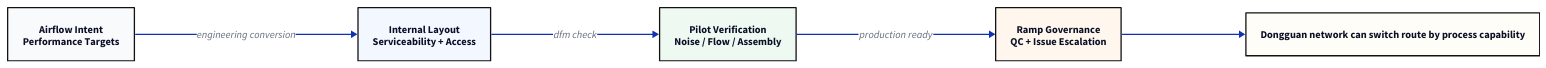
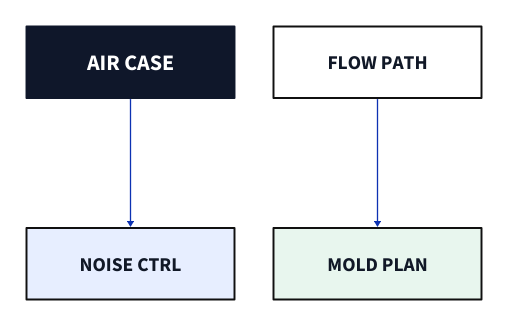
Before and after one commit to shenlian583-afk/tianan: the diagram in assets/covers/d2/cover-air.d2, drawn with D2. The commit also changed 23 other files, not shown here.

```diff
--- a/assets/covers/d2/cover-air.d2
+++ b/assets/covers/d2/cover-air.d2
@@ -1,42 +1,58 @@
-direction: right
+direction: down
 
-airflow: {
-  label: "Airflow Intent\nPerformance Targets"
-  style.fill: "#F9FAFC"
-  style.stroke: "#121212"
-  style.stroke-width: 2
+r1: {
+  label: ""
+  style.stroke-width: 0
+  style.fill: "transparent"
+  direction: right
+  a: {
+    label: "AIR CASE"
+    width: 320
+    height: 110
+    style.fill: "#0F172A"
+    style.stroke: "#0F172A"
+    style.stroke-width: 3
+    style.font-color: "#FFFFFF"
+    style.font-size: 34
+  }
+  b: {
+    label: "FLOW PATH"
+    width: 320
+    height: 110
+    style.fill: "#FFFFFF"
+    style.stroke: "#101010"
+    style.stroke-width: 3
+    style.font-size: 30
+    style.font-color: "#111827"
+  }
 }
 
-layout: {
-  label: "Internal Layout\nServiceability + Access"
-  style.fill: "#F3F7FF"
-  style.stroke: "#121212"
-  style.stroke-width: 2
+r2: {
+  label: ""
+  style.stroke-width: 0
+  style.fill: "transparent"
+  direction: right
+  c: {
+    label: "NOISE CTRL"
+    width: 320
+    height: 110
+    style.fill: "#E7EEFF"
+    style.stroke: "#101010"
+    style.stroke-width: 3
+    style.font-size: 30
+    style.font-color: "#111827"
+  }
+  d: {
+    label: "MOLD PLAN"
+    width: 320
+    height: 110
+    style.fill: "#E8F6EE"
+    style.stroke: "#101010"
+    style.stroke-width: 3
+    style.font-size: 30
+    style.font-color: "#111827"
+  }
 }
 
-pilot: {
-  label: "Pilot Verification\nNoise / Flow / Assembly"
-  style.fill: "#EEF9F2"
-  style.stroke: "#121212"
-  style.stroke-width: 2
-}
-
-ramp: {
-  label: "Ramp Governance\nQC + Issue Escalation"
-  style.fill: "#FFF6EE"
-  style.stroke: "#121212"
-  style.stroke-width: 2
-}
-
-airflow -> layout: "engineering conversion"
-layout -> pilot: "dfm check"
-pilot -> ramp: "production ready"
-
-network: {
-  label: "Dongguan network can switch route by process capability"
-  style.fill: "#FFFDF7"
-  style.stroke: "#121212"
-  style.stroke-width: 2
-}
-
-ramp -> network
+r1.a -> r2.c
+r1.b -> r2.d
```
